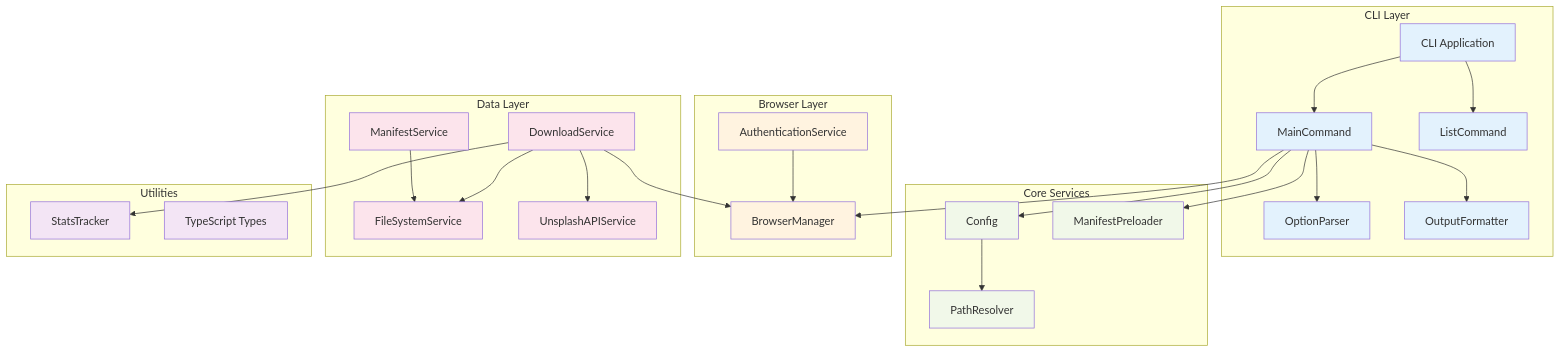
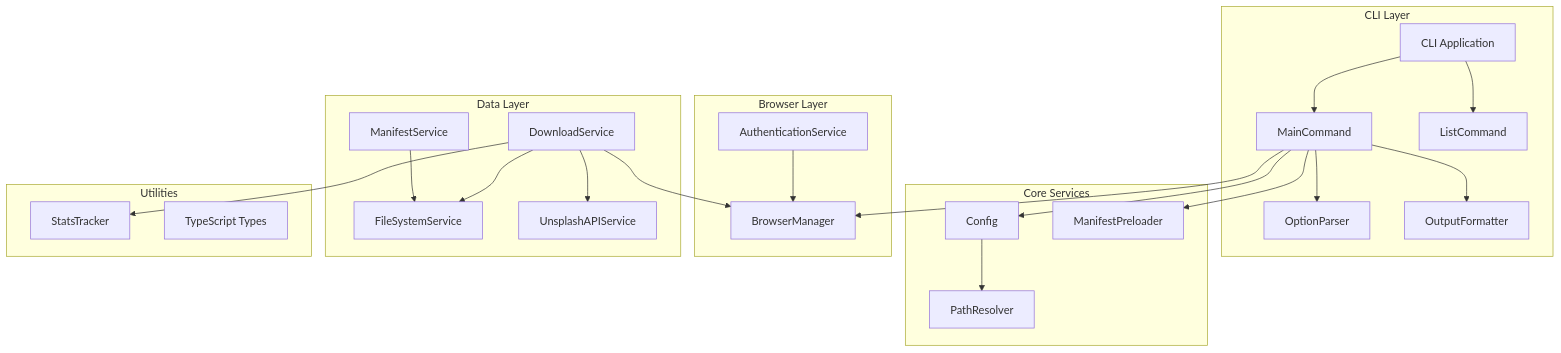
One commit to nicholasadamou/playwright-unsplash-downloader changed the fifth of 5 diagrams in README.md. Above: the diagram before and after it, drawn with Mermaid. The commit also changed other lines of this file, not shown here.

Commit message:
refactor: clean up README styling definitions
- Removed unused styling definitions from the README diagrams to streamline the documentation.
- Maintained clarity in the visual representation of components and their relationships.

````diff
--- a/README.md
+++ b/README.md
@@ -506,65 +500,58 @@
 ```mermaid
 graph TB
     subgraph "CLI Layer"
         CLI_APP[CLI Application]
         MAIN_CMD[MainCommand]
         LIST_CMD[ListCommand]
         OPT_PARSER[OptionParser]
         OUT_FMT[OutputFormatter]
     end
 
     subgraph "Core Services"
         CONFIG[Config]
         PATH_RES[PathResolver]
         MAN_PRELOAD[ManifestPreloader]
     end
 
     subgraph "Browser Layer"
         BROWSER_MGR[BrowserManager]
         AUTH_SVC[AuthenticationService]
     end
 
     subgraph "Data Layer"
         MANIFEST_SVC[ManifestService]
         DOWNLOAD_SVC[DownloadService]
         FS_SVC[FileSystemService]
         API_SVC[UnsplashAPIService]
     end
 
     subgraph "Utilities"
         STATS[StatsTracker]
         TYPES[TypeScript Types]
     end
 
     %% Dependencies
     CLI_APP --> MAIN_CMD
     CLI_APP --> LIST_CMD
     MAIN_CMD --> OPT_PARSER
     MAIN_CMD --> OUT_FMT
 
     MAIN_CMD --> CONFIG
     CONFIG --> PATH_RES
     MAIN_CMD --> MAN_PRELOAD
 
     MAIN_CMD --> BROWSER_MGR
     AUTH_SVC --> BROWSER_MGR
 
     DOWNLOAD_SVC --> BROWSER_MGR
     DOWNLOAD_SVC --> API_SVC
     MANIFEST_SVC --> FS_SVC
     DOWNLOAD_SVC --> FS_SVC
     DOWNLOAD_SVC --> STATS
 
-    %% Styling
-    classDef cliClass fill:#e3f2fd
-    classDef coreClass fill:#f1f8e9
-    classDef browserClass fill:#fff3e0
-    classDef dataClass fill:#fce4ec
-    classDef utilClass fill:#f3e5f5
-
     class CLI_APP,MAIN_CMD,LIST_CMD,OPT_PARSER,OUT_FMT cliClass
     class CONFIG,PATH_RES,MAN_PRELOAD coreClass
     class BROWSER_MGR,AUTH_SVC browserClass
     class MANIFEST_SVC,DOWNLOAD_SVC,FS_SVC,API_SVC dataClass
     class STATS,TYPES utilClass
 ```
````
